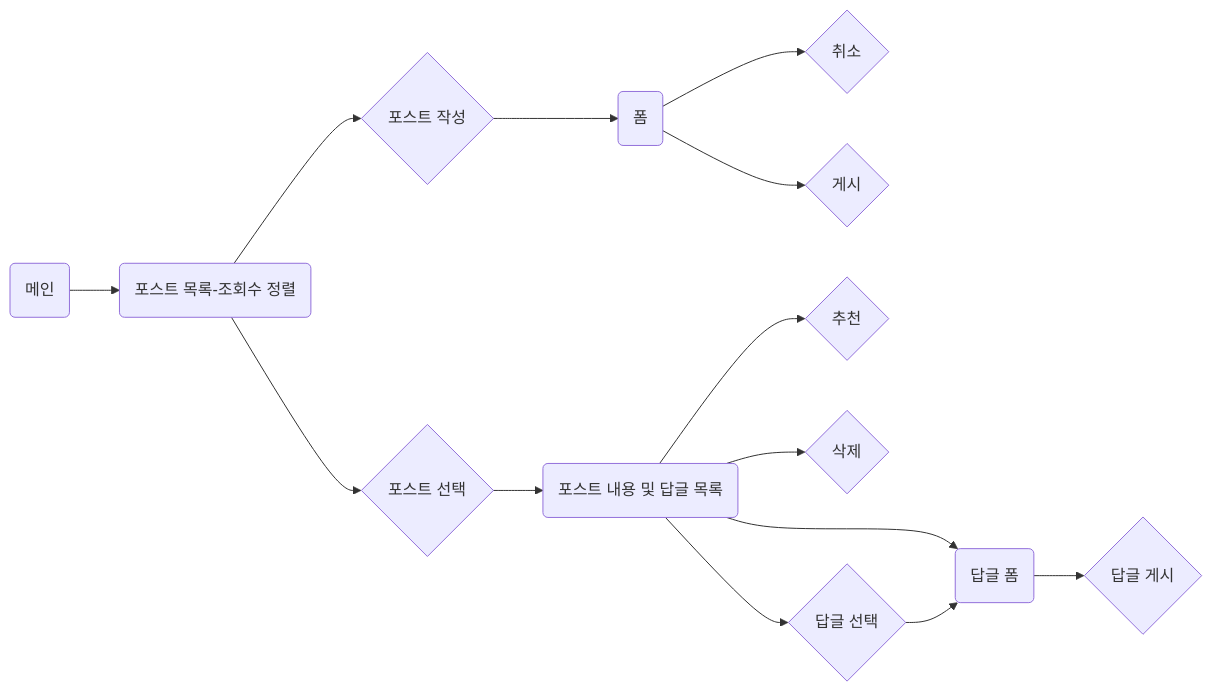
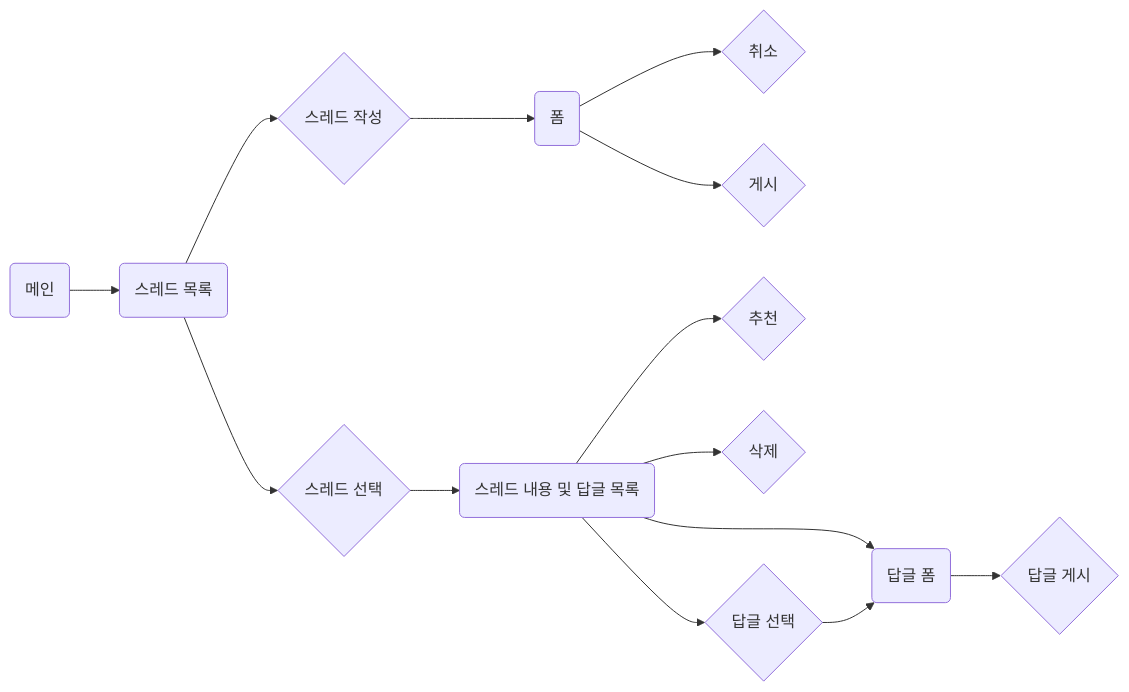
One commit to bynnoh/cp-thread changed the diagram in README.md. Above: the diagram before and after it, drawn with Mermaid. The commit also changed 34 other files, not shown here.

````diff
--- a/README.md
+++ b/README.md
@@ -3,8 +3,8 @@
 ```mermaid
   flowchart LR;
-      st(메인)-->id1(포스트 목록-조회수 정렬)-->id2-1{포스트 작성}-->id3(폼);
+      st(메인)-->id1(스레드 목록)-->id2-1{스레드 작성}-->id3(폼);
       id3(폼)-->id4-1{취소}; id3(폼)-->id4-2{게시};
-      id1-->id2-2{포스트 선택}-->id5(포스트 내용 및 답글 목록)-->id6(답글 폼)-->id7{답글 게시};
+      id1-->id2-2{스레드 선택}-->id5(스레드 내용 및 답글 목록)-->id6(답글 폼)-->id7{답글 게시};
       id5-->id6-2{추천}; id5-->id6-3{삭제}
       id5-->id5-2{답글 선택}-->id6;
 ```
````
